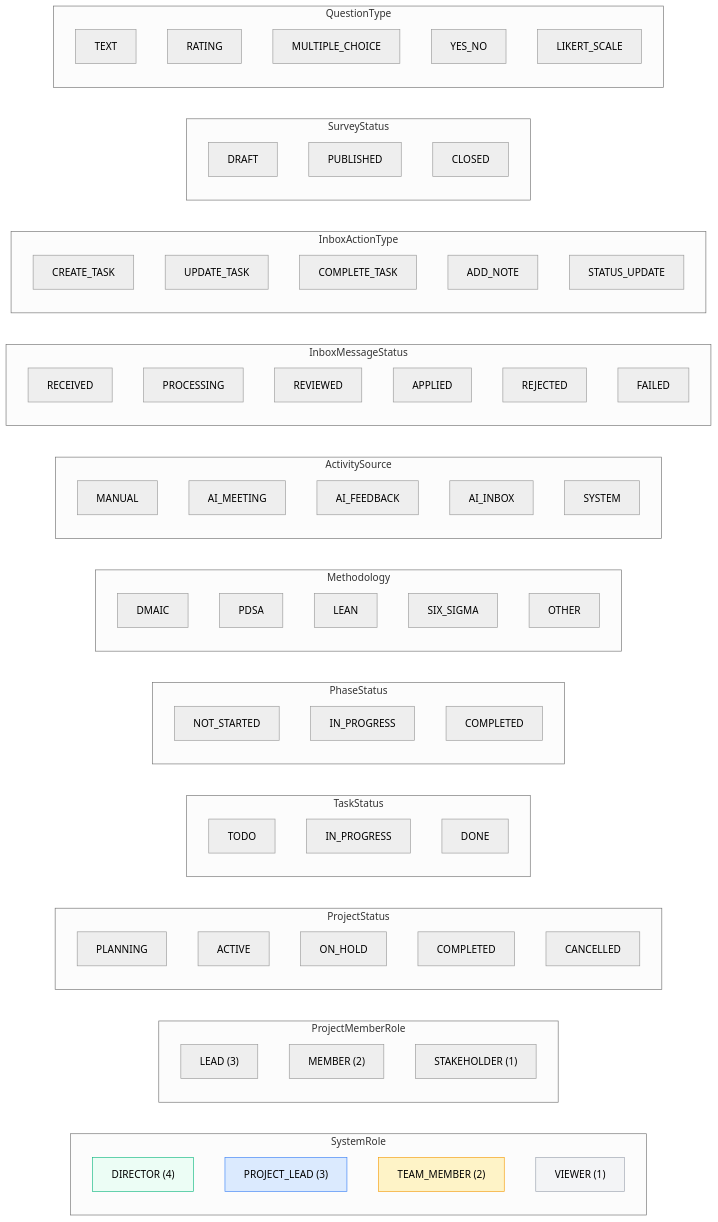
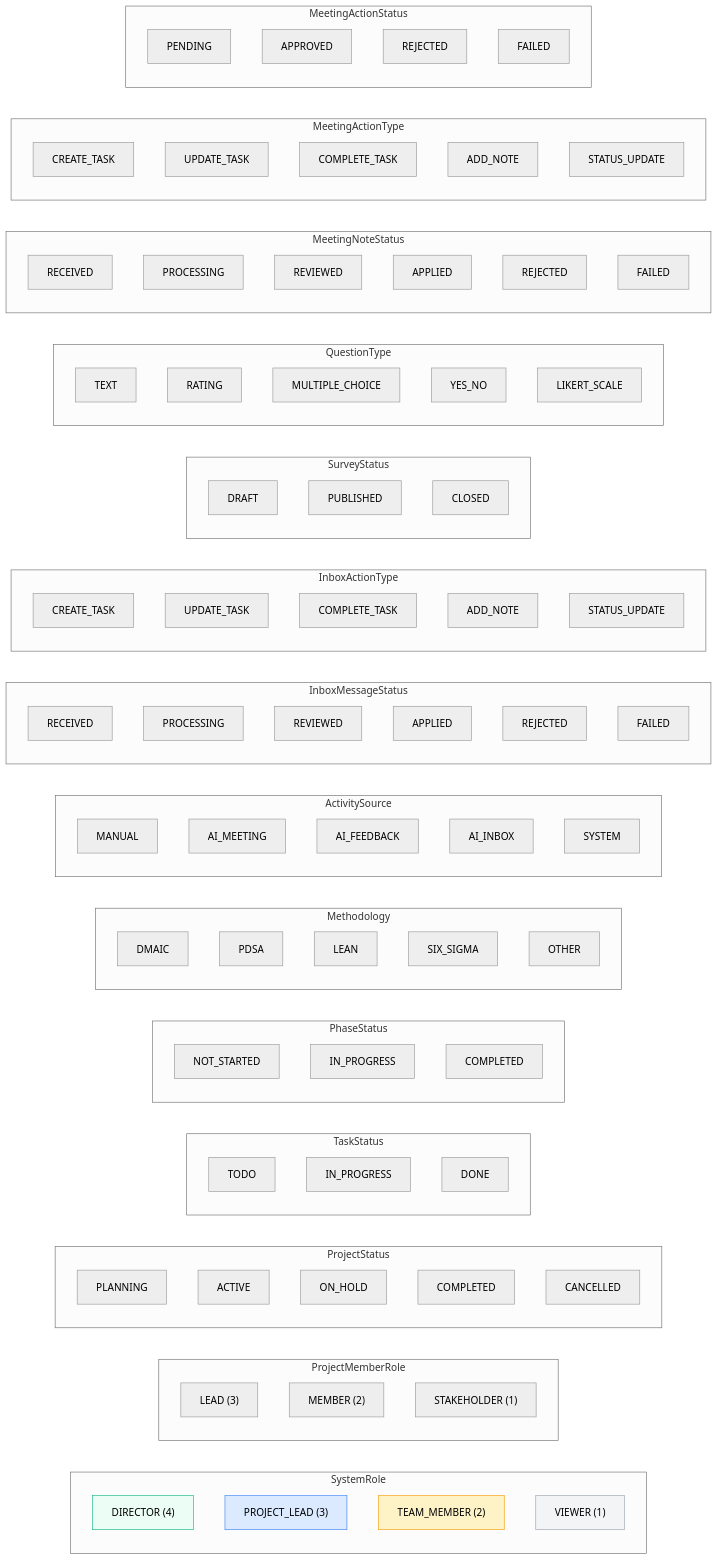
One commit to akbarherekar/QIapp changed the ninth of 16 diagrams in docs/diagrams.md. Above: the diagram before and after it, drawn with Mermaid (neutral theme). The commit also changed other lines of this file and 23 other files, not shown here.

```diff
--- a/docs/diagrams.md
+++ b/docs/diagrams.md
@@ -543,6 +580,30 @@
         QT5["LIKERT_SCALE"]
     end
 
+    subgraph "MeetingNoteStatus"
+        MNS1["RECEIVED"]
+        MNS2["PROCESSING"]
+        MNS3["REVIEWED"]
+        MNS4["APPLIED"]
+        MNS5["REJECTED"]
+        MNS6["FAILED"]
+    end
+
+    subgraph "MeetingActionType"
+        MAT1["CREATE_TASK"]
+        MAT2["UPDATE_TASK"]
+        MAT3["COMPLETE_TASK"]
+        MAT4["ADD_NOTE"]
+        MAT5["STATUS_UPDATE"]
+    end
+
+    subgraph "MeetingActionStatus"
+        MAS1["PENDING"]
+        MAS2["APPROVED"]
+        MAS3["REJECTED"]
+        MAS4["FAILED"]
+    end
+
     style SR1 fill:#ecfdf5,stroke:#10b981
     style SR2 fill:#dbeafe,stroke:#3b82f6
     style SR3 fill:#fef3c7,stroke:#f59e0b
```
